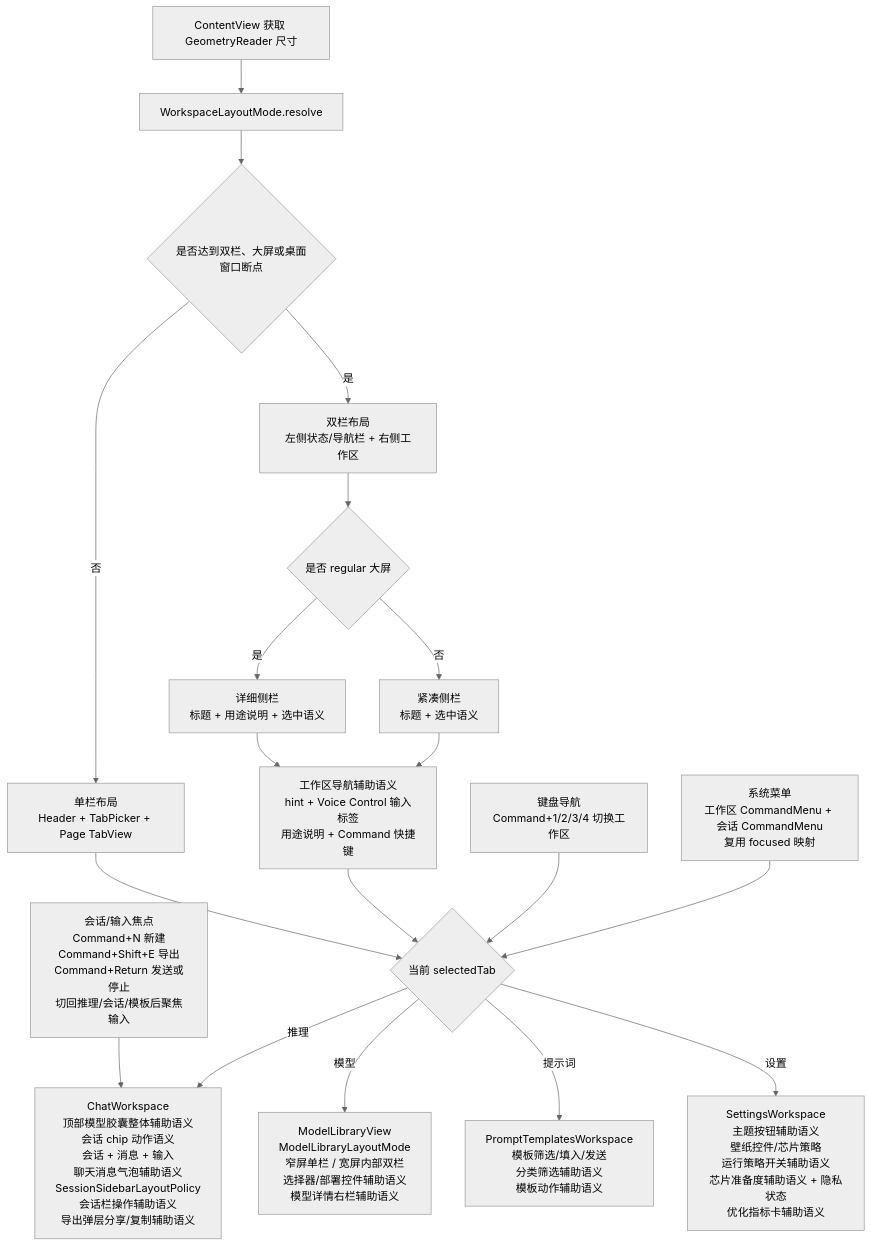
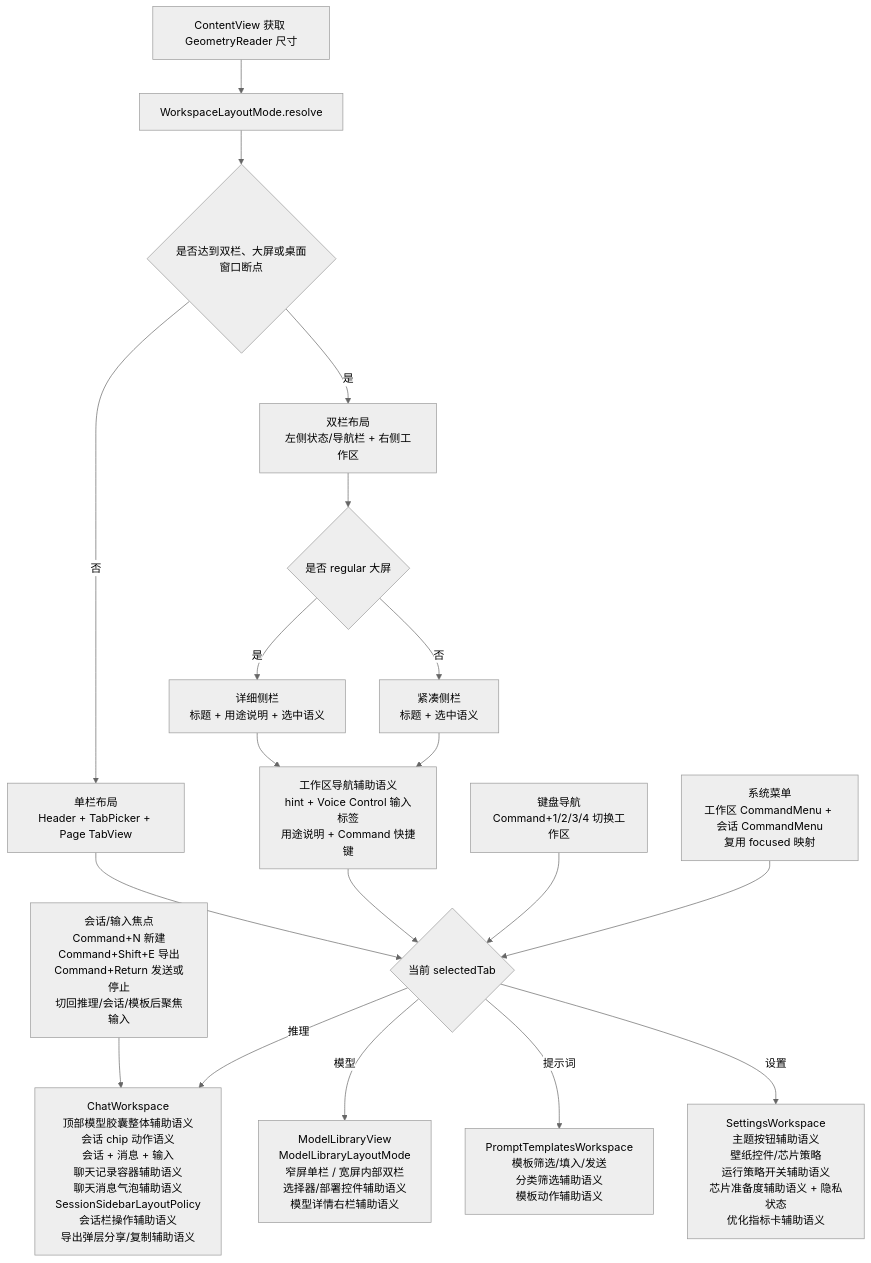
The fourth of 9 diagrams in md/flow/flowchart.md (Altman-sam114/113), drawn with Mermaid (neutral theme) before and after one commit. The commit also changed other lines of this file and 8 other files, not shown here.

````diff
--- a/md/flow/flowchart.md
+++ b/md/flow/flowchart.md
@@ -68,21 +68,21 @@
 ```mermaid
 flowchart TD
     A[ContentView 获取 GeometryReader 尺寸] --> B[WorkspaceLayoutMode.resolve]
     B --> C{是否达到双栏、大屏或桌面窗口断点}
     C -- 否 --> D[单栏布局<br/>Header + TabPicker + Page TabView]
     C -- 是 --> E[双栏布局<br/>左侧状态/导航栏 + 右侧工作区]
     E --> N{是否 regular 大屏}
     N -- 是 --> O[详细侧栏<br/>标题 + 用途说明 + 选中语义]
     N -- 否 --> P[紧凑侧栏<br/>标题 + 选中语义]
     D --> F{当前 selectedTab}
     O --> X[工作区导航辅助语义<br/>hint + Voice Control 输入标签<br/>用途说明 + Command 快捷键]
     P --> X
     X --> F
     K[键盘导航<br/>Command+1/2/3/4 切换工作区] --> F
     M[系统菜单<br/>工作区 CommandMenu + 会话 CommandMenu<br/>复用 focused 映射] --> F
     L[会话/输入焦点<br/>Command+N 新建<br/>Command+Shift+E 导出<br/>Command+Return 发送或停止<br/>切回推理/会话/模板后聚焦输入] --> G
-    F -- 推理 --> G[ChatWorkspace<br/>顶部模型胶囊整体辅助语义<br/>会话 chip 动作语义<br/>会话 + 消息 + 输入<br/>聊天消息气泡辅助语义<br/>SessionSidebarLayoutPolicy<br/>会话栏操作辅助语义<br/>导出弹层分享/复制辅助语义]
+    F -- 推理 --> G[ChatWorkspace<br/>顶部模型胶囊整体辅助语义<br/>会话 chip 动作语义<br/>会话 + 消息 + 输入<br/>聊天记录容器辅助语义<br/>聊天消息气泡辅助语义<br/>SessionSidebarLayoutPolicy<br/>会话栏操作辅助语义<br/>导出弹层分享/复制辅助语义]
     F -- 模型 --> H[ModelLibraryView<br/>ModelLibraryLayoutMode<br/>窄屏单栏 / 宽屏内部双栏<br/>选择器/部署控件辅助语义<br/>模型详情右栏辅助语义]
     F -- 提示词 --> I[PromptTemplatesWorkspace<br/>模板筛选/填入/发送<br/>分类筛选辅助语义<br/>模板动作辅助语义]
     F -- 设置 --> J[SettingsWorkspace<br/>主题按钮辅助语义<br/>壁纸控件/芯片策略<br/>运行策略开关辅助语义<br/>芯片准备度辅助语义 + 隐私状态<br/>优化指标卡辅助语义]
 ```
````
